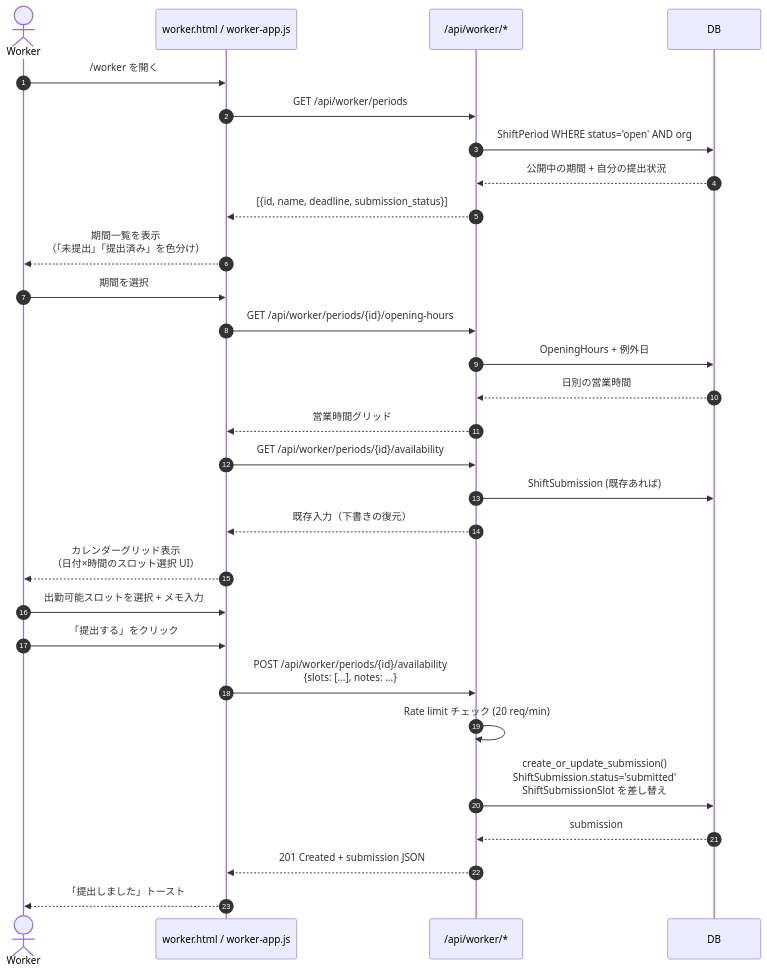
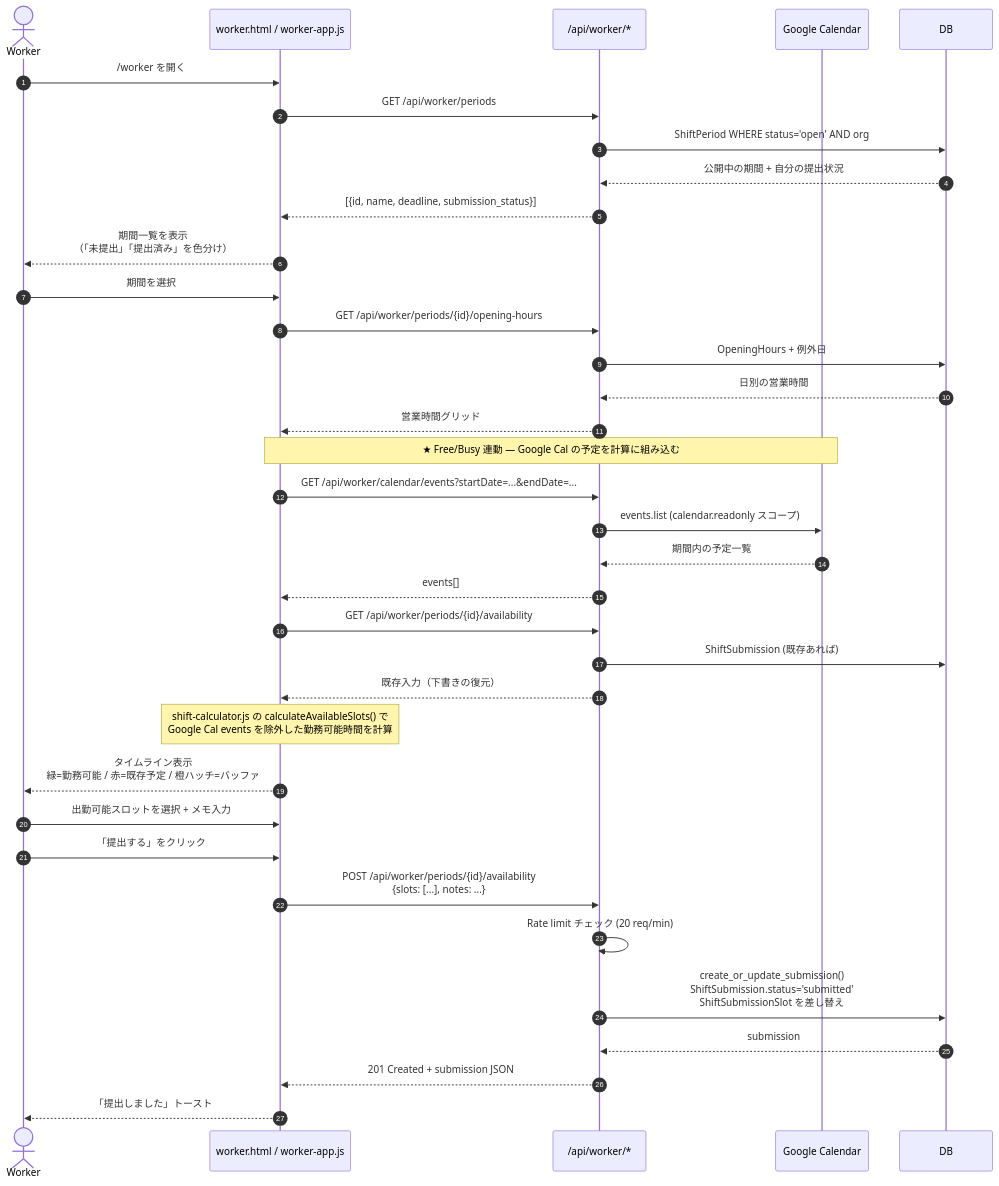
Before and after one commit to tatsunoritojo/shift-scheduler-app: the first of 3 diagrams in docs/sequence-diagrams/02-worker-monthly-flow.md, drawn with Mermaid. The commit also changed other lines of this file, not shown here.

First line of the commit message:
docs(sequence-diagrams): Worker availability の Free/Busy 連動経路を追記 (#25)

````diff
--- a/docs/sequence-diagrams/02-worker-monthly-flow.md
+++ b/docs/sequence-diagrams/02-worker-monthly-flow.md
@@ -20,38 +20,46 @@
 ```mermaid
 sequenceDiagram
     autonumber
     actor Worker
     participant App as worker.html / worker-app.js
     participant API as /api/worker/*
+    participant Google as Google Calendar
     participant DB as DB
 
     Worker->>App: /worker を開く
     App->>API: GET /api/worker/periods
     API->>DB: ShiftPeriod WHERE status='open' AND org
     DB-->>API: 公開中の期間 + 自分の提出状況
     API-->>App: [{id, name, deadline, submission_status}]
 
     App-->>Worker: 期間一覧を表示<br/>（「未提出」「提出済み」を色分け）
 
     Worker->>App: 期間を選択
     App->>API: GET /api/worker/periods/{id}/opening-hours
     API->>DB: OpeningHours + 例外日
     DB-->>API: 日別の営業時間
     API-->>App: 営業時間グリッド
 
+    Note over App,Google: ★ Free/Busy 連動 — Google Cal の予定を計算に組み込む
+    App->>API: GET /api/worker/calendar/events?startDate=...&endDate=...
+    API->>Google: events.list (calendar.readonly スコープ)
+    Google-->>API: 期間内の予定一覧
+    API-->>App: events[]
+
     App->>API: GET /api/worker/periods/{id}/availability
     API->>DB: ShiftSubmission (既存あれば)
     API-->>App: 既存入力（下書きの復元）
 
-    App-->>Worker: カレンダーグリッド表示<br/>（日付×時間のスロット選択 UI）
+    Note over App: shift-calculator.js の calculateAvailableSlots() で<br/>Google Cal events を除外した勤務可能時間を計算
+    App-->>Worker: タイムライン表示<br/>緑=勤務可能 / 赤=既存予定 / 橙ハッチ=バッファ
 
     Worker->>App: 出勤可能スロットを選択 + メモ入力
     Worker->>App: 「提出する」をクリック
 
     App->>API: POST /api/worker/periods/{id}/availability<br/>{slots: [...], notes: ...}
     API->>API: Rate limit チェック (20 req/min)
     API->>DB: create_or_update_submission()<br/>ShiftSubmission.status='submitted'<br/>ShiftSubmissionSlot を差し替え
     DB-->>API: submission
     API-->>App: 201 Created + submission JSON
     App-->>Worker: 「提出しました」トースト
 ```
````
